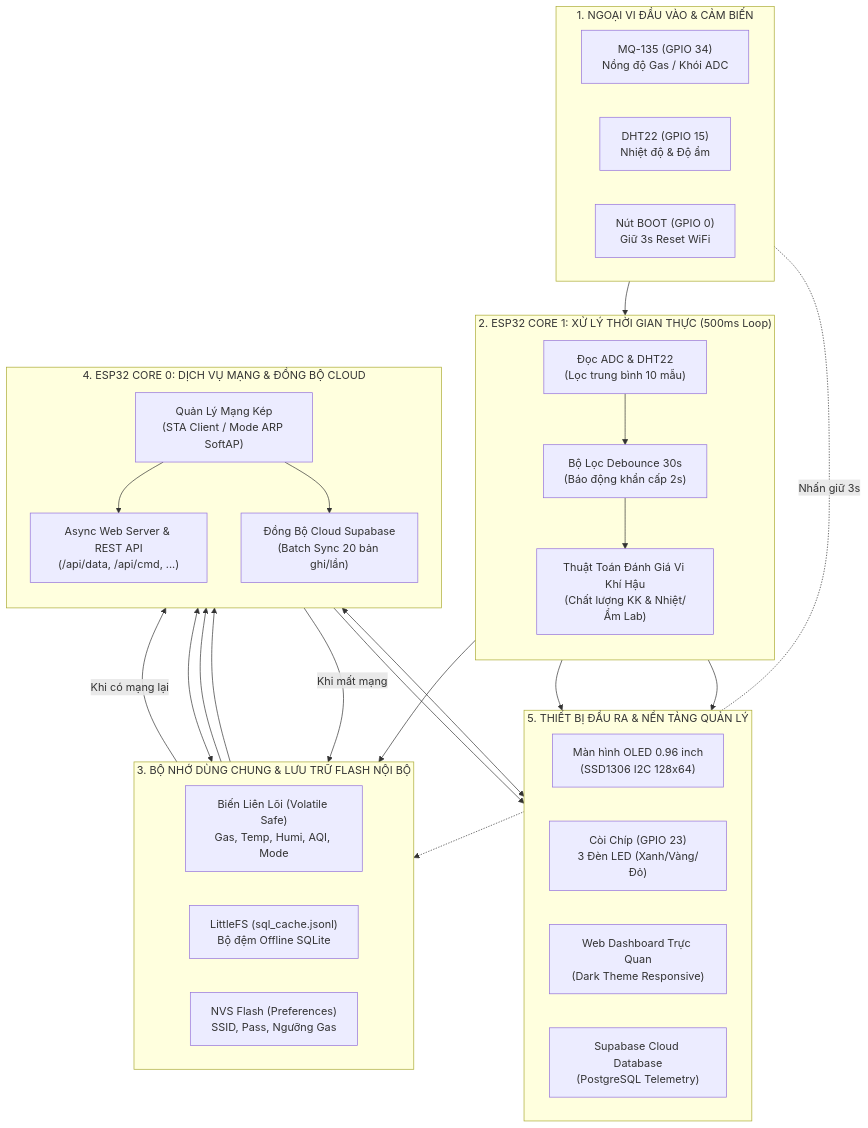
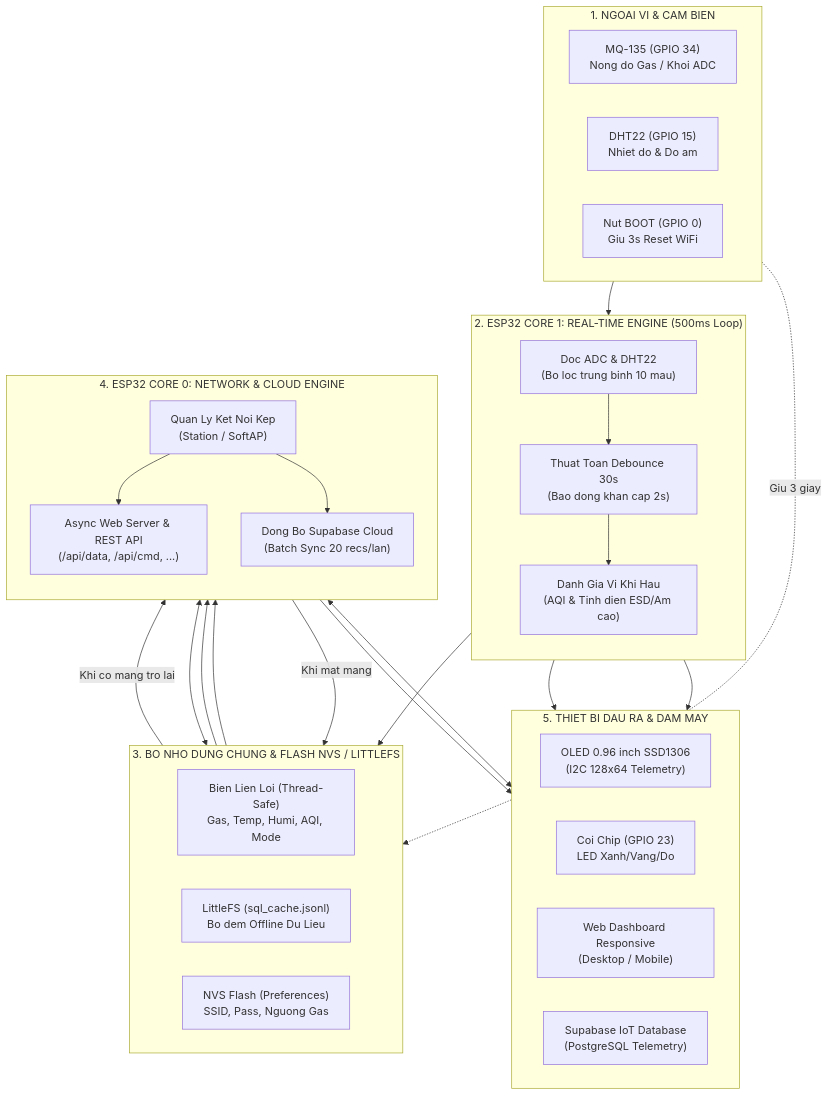
The diagram in README.md (NguyenThanhDuy42124/AirQualityMonitor), drawn with Mermaid before and after one commit. The commit also changed other lines of this file and 1 other file, not shown here.

````diff
--- a/README.md
+++ b/README.md
@@ -61,58 +96,58 @@
 ```mermaid
 flowchart TD
-    subgraph IN["1. NGOẠI VI ĐẦU VÀO & CẢM BIẾN"]
+    subgraph SENSORS["1. NGOAI VI & CAM BIEN"]
         direction LR
-        MQ135["MQ-135 (GPIO 34)<br/>Nồng độ Gas / Khói ADC"]
-        DHT22["DHT22 (GPIO 15)<br/>Nhiệt độ & Độ ẩm"]
-        BOOT["Nút BOOT (GPIO 0)<br/>Giữ 3s Reset WiFi"]
+        MQ135["MQ-135 (GPIO 34)<br/>Nong do Gas / Khoi ADC"]
+        DHT22["DHT22 (GPIO 15)<br/>Nhiet do & Do am"]
+        BOOT["Nut BOOT (GPIO 0)<br/>Giu 3s Reset WiFi"]
     end
 
-    subgraph CORE1["2. ESP32 CORE 1: XỬ LÝ THỜI GIAN THỰC (500ms Loop)"]
+    subgraph CORE1["2. ESP32 CORE 1: REAL-TIME ENGINE (500ms Loop)"]
         direction TB
-        READ["Đọc ADC & DHT22<br/>(Lọc trung bình 10 mẫu)"]
-        DEBOUNCE["Bộ Lọc Debounce 30s<br/>(Báo động khẩn cấp 2s)"]
-        CLIMATE["Thuật Toán Đánh Giá Vi Khí Hậu<br/>(Chất lượng KK & Nhiệt/Ẩm Lab)"]
+        READ["Doc ADC & DHT22<br/>(Bo loc trung binh 10 mau)"]
+        DEBOUNCE["Thuat Toan Debounce 30s<br/>(Bao dong khan cap 2s)"]
+        CLIMATE["Danh Gia Vi Khi Hau<br/>(AQI & Tinh dien ESD/Am cao)"]
         READ --> DEBOUNCE --> CLIMATE
     end
 
-    subgraph MEMORY["3. BỘ NHỚ DÙNG CHUNG & LƯU TRỮ FLASH NỘI BỘ"]
+    subgraph MEMORY["3. BO NHO DUNG CHUNG & FLASH NVS / LITTLEFS"]
         direction LR
-        SHARED["Biến Liên Lõi (Volatile Safe)<br/>Gas, Temp, Humi, AQI, Mode"]
-        LITTLEFS["LittleFS (sql_cache.jsonl)<br/>Bộ đệm Offline SQLite"]
-        NVS["NVS Flash (Preferences)<br/>SSID, Pass, Ngưỡng Gas"]
+        SHARED["Bien Lien Loi (Thread-Safe)<br/>Gas, Temp, Humi, AQI, Mode"]
+        LITTLEFS["LittleFS (sql_cache.jsonl)<br/>Bo dem Offline Du Lieu"]
+        NVS["NVS Flash (Preferences)<br/>SSID, Pass, Nguong Gas"]
     end
 
-    subgraph CORE0["4. ESP32 CORE 0: DỊCH VỤ MẠNG & ĐỒNG BỘ CLOUD"]
+    subgraph CORE0["4. ESP32 CORE 0: NETWORK & CLOUD ENGINE"]
         direction TB
-        WIFI_MGR["Quản Lý Mạng Kép<br/>(STA Client / Mode ARP SoftAP)"]
+        WIFI_MGR["Quan Ly Ket Noi Kep<br/>(Station / SoftAP)"]
         WEBSERVER["Async Web Server & REST API<br/>(/api/data, /api/cmd, ...)"]
-        SYNC_ENGINE["Đồng Bộ Cloud Supabase<br/>(Batch Sync 20 bản ghi/lần)"]
+        SYNC_ENGINE["Dong Bo Supabase Cloud<br/>(Batch Sync 20 recs/lan)"]
         WIFI_MGR --> WEBSERVER
         WIFI_MGR --> SYNC_ENGINE
     end
 
-    subgraph OUT["5. THIẾT BỊ ĐẦU RA & NỀN TẢNG QUẢN LÝ"]
+    subgraph OUTPUTS["5. THIET BI DAU RA & DAM MAY"]
         direction LR
-        OLED["Màn hình OLED 0.96 inch<br/>(SSD1306 I2C 128x64)"]
-        ACTUATORS["Còi Chíp (GPIO 23)<br/>3 Đèn LED (Xanh/Vàng/Đỏ)"]
-        DASHBOARD["Web Dashboard Trực Quan<br/>(Dark Theme Responsive)"]
-        SUPABASE["Supabase Cloud Database<br/>(PostgreSQL Telemetry)"]
+        OLED["OLED 0.96 inch SSD1306<br/>(I2C 128x64 Telemetry)"]
+        ACTUATORS["Coi Chip (GPIO 23)<br/>LED Xanh/Vang/Do"]
+        DASHBOARD["Web Dashboard Responsive<br/>(Desktop / Mobile)"]
+        SUPABASE["Supabase IoT Database<br/>(PostgreSQL Telemetry)"]
     end
 
-    IN --> READ
-    BOOT -.->|Nhấn giữ 3s| NVS
+    SENSORS --> READ
+    BOOT -.->|Giu 3 giay| NVS
     CLIMATE --> SHARED
 
     CLIMATE --> OLED
     CLIMATE --> ACTUATORS
 
     SHARED --> WEBSERVER
     SHARED --> SYNC_ENGINE
     NVS <--> WIFI_MGR
 
-    SYNC_ENGINE -->|Khi mất mạng| LITTLEFS
-    LITTLEFS -->|Khi có mạng lại| SYNC_ENGINE
+    SYNC_ENGINE -->|Khi mat mang| LITTLEFS
+    LITTLEFS -->|Khi co mang tro lai| SYNC_ENGINE
 
     WEBSERVER <--> DASHBOARD
     SYNC_ENGINE --> SUPABASE
 ```
````
